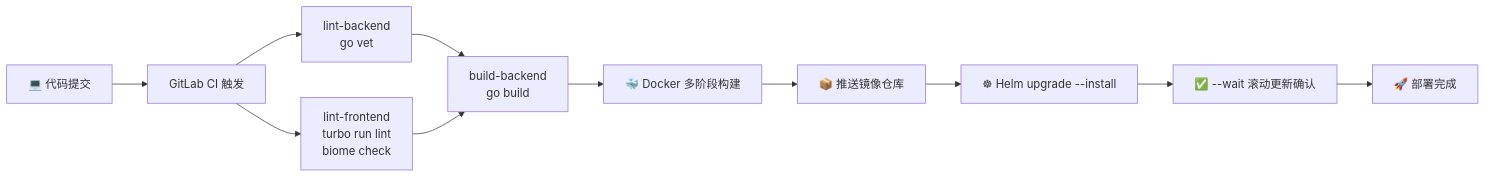
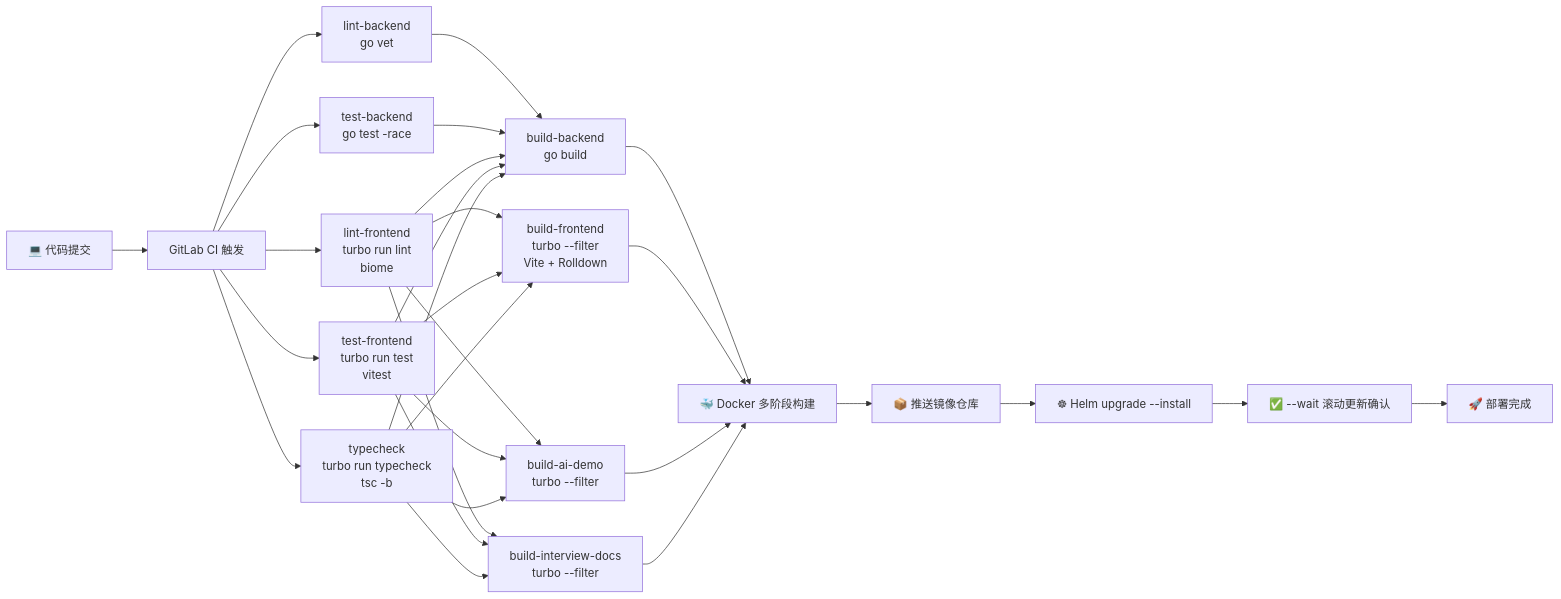
One commit to KMaybe01/interview-demo changed the fifth of 46 diagrams in docs/WIKI.md. Above: the diagram before and after it, drawn with Mermaid. The commit also changed other lines of this file and 37 other files, not shown here.

First line of the commit message:
perf(turbo): optimize build pipeline with parallel tests and tsbuildinfo caching

````diff
--- a/docs/WIKI.md
+++ b/docs/WIKI.md
@@ -354,13 +354,18 @@
 ```mermaid
 graph LR
     A["💻 代码提交"] --> B["GitLab CI 触发"]
     B --> C1["lint-backend<br/>go vet"]
-    B --> C2["lint-frontend<br/>turbo run lint<br/>biome check"]
-    C1 --> D["build-backend<br/>go build"]
-    C2 --> D
-    D --> E["🐳 Docker 多阶段构建"]
-    E --> F["📦 推送镜像仓库"]
-    F --> G["☸ Helm upgrade --install"]
-    G --> H["✅ --wait 滚动更新确认"]
-    H --> I["🚀 部署完成"]
+    B --> C2["test-backend<br/>go test -race"]
+    B --> C3["lint-frontend<br/>turbo run lint<br/>biome"]
+    B --> C4["test-frontend<br/>turbo run test<br/>vitest"]
+    B --> C5["typecheck<br/>turbo run typecheck<br/>tsc -b"]
+    C1 & C2 & C3 & C4 & C5 --> D["build-backend<br/>go build"]
+    C3 & C4 & C5 --> E["build-frontend<br/>turbo --filter<br/>Vite + Rolldown"]
+    C3 & C4 & C5 --> F["build-ai-demo<br/>turbo --filter"]
+    C3 & C4 & C5 --> G["build-interview-docs<br/>turbo --filter"]
+    D & E & F & G --> H["🐳 Docker 多阶段构建"]
+    H --> I["📦 推送镜像仓库"]
+    I --> J["☸ Helm upgrade --install"]
+    J --> K["✅ --wait 滚动更新确认"]
+    K --> L["🚀 部署完成"]
 ```
````
